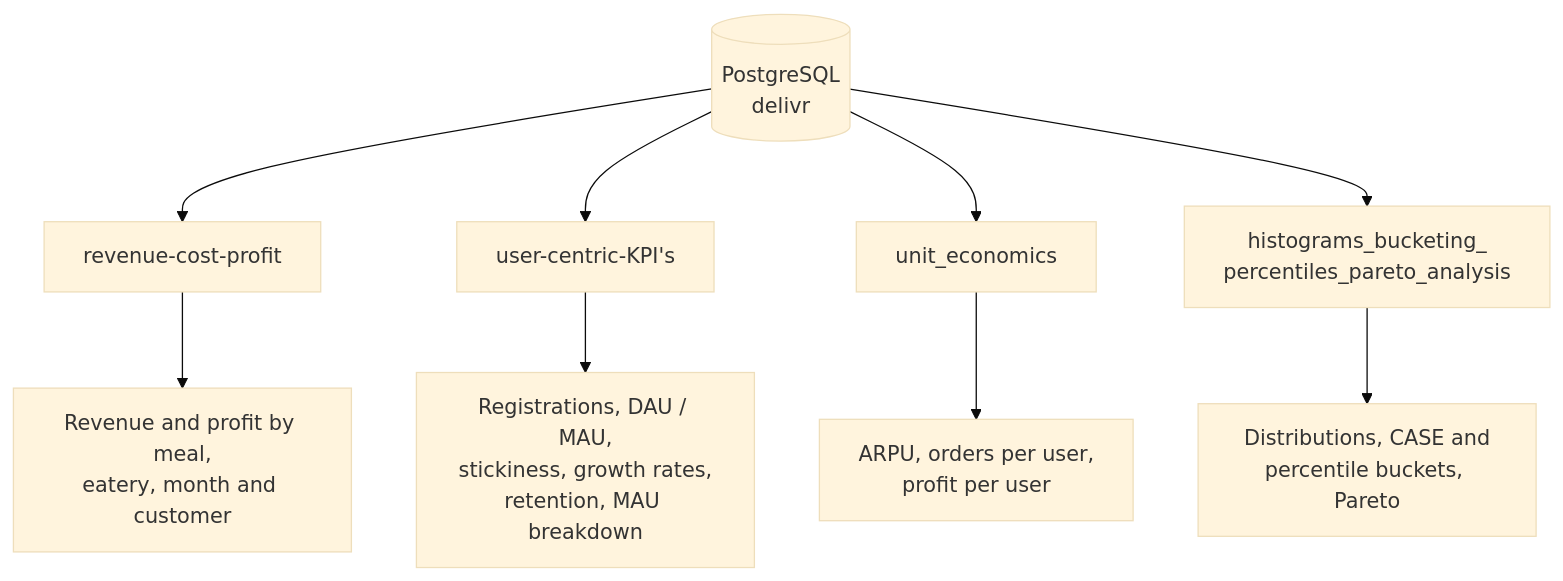
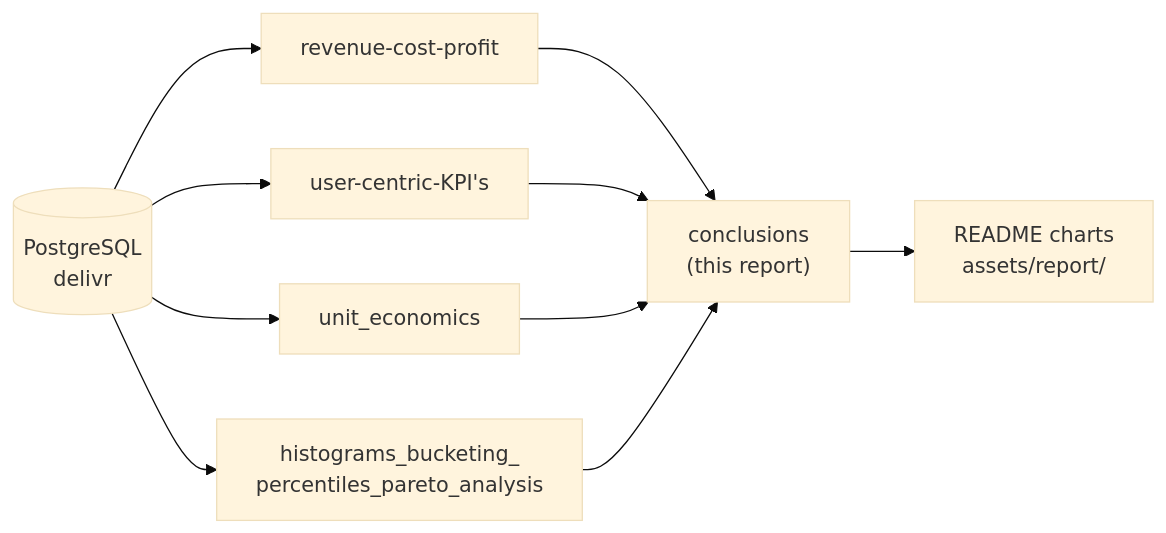
One commit to arianmokhtariha/Delivr-Business-Analysis changed the second of 4 diagrams in README.md. Above: the diagram before and after it, drawn with Mermaid (base theme). The commit also changed other lines of this file and 54 other files, not shown here.

Commit message:
- updated readme and added more charts and plots to support the claims and conclusions - updated gitignore - created conclusions.ipynb notebook so all the readme report charts are organized there

````diff
--- a/README.md
+++ b/README.md
@@ -182,12 +219,13 @@
 ```mermaid
-flowchart TD
+flowchart LR
     DB[("PostgreSQL<br/>delivr")]
     DB --> N1["revenue-cost-profit"]
     DB --> N2["user-centric-KPI's"]
     DB --> N3["unit_economics"]
     DB --> N4["histograms_bucketing_<br/>percentiles_pareto_analysis"]
-    N1 --> K1["Revenue and profit by meal,<br/>eatery, month and customer"]
-    N2 --> K2["Registrations, DAU / MAU,<br/>stickiness, growth rates,<br/>retention, MAU breakdown"]
-    N3 --> K3["ARPU, orders per user,<br/>profit per user"]
-    N4 --> K4["Distributions, CASE and<br/>percentile buckets, Pareto"]
+    N1 --> C["conclusions<br/>(this report)"]
+    N2 --> C
+    N3 --> C
+    N4 --> C
+    C --> R["README charts<br/>assets/report/"]
 ```
````
